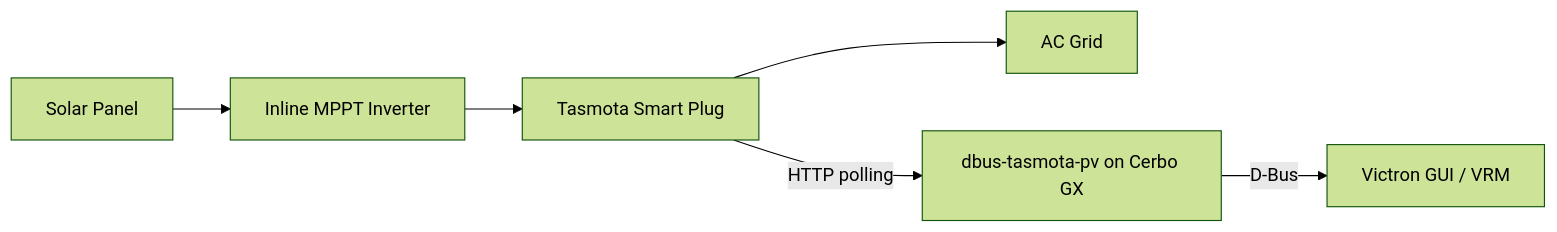
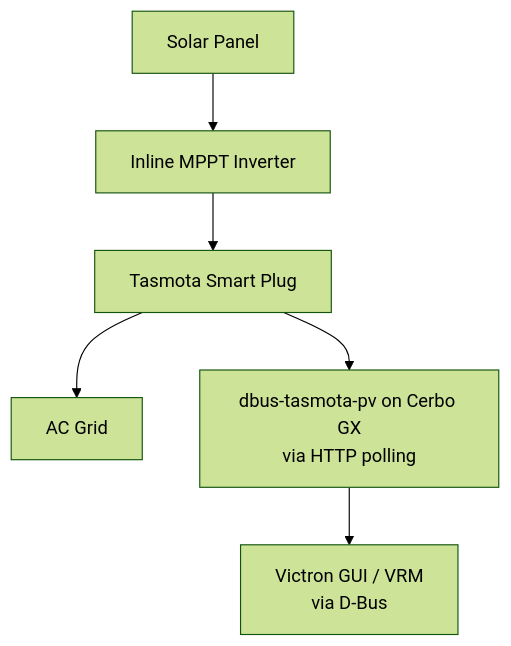
Before and after one commit to victron-venus/dbus-tasmota-pv: the diagram in README.md, drawn with Mermaid (forest theme).

````diff
--- a/README.md
+++ b/README.md
@@ -31,8 +31,8 @@
 ```mermaid
-flowchart LR
+flowchart TB
     SP[Solar Panel] --> MPPT[Inline MPPT Inverter]
     MPPT --> TP[Tasmota Smart Plug]
     TP --> GRID[AC Grid]
-    TP -->|HTTP polling| SCRIPT[dbus-tasmota-pv on Cerbo GX]
-    SCRIPT -->|D-Bus| GUI[Victron GUI / VRM]
+    TP --> SCRIPT[dbus-tasmota-pv on Cerbo GX<br/>via HTTP polling]
+    SCRIPT --> GUI[Victron GUI / VRM<br/>via D-Bus]
 ```
````
